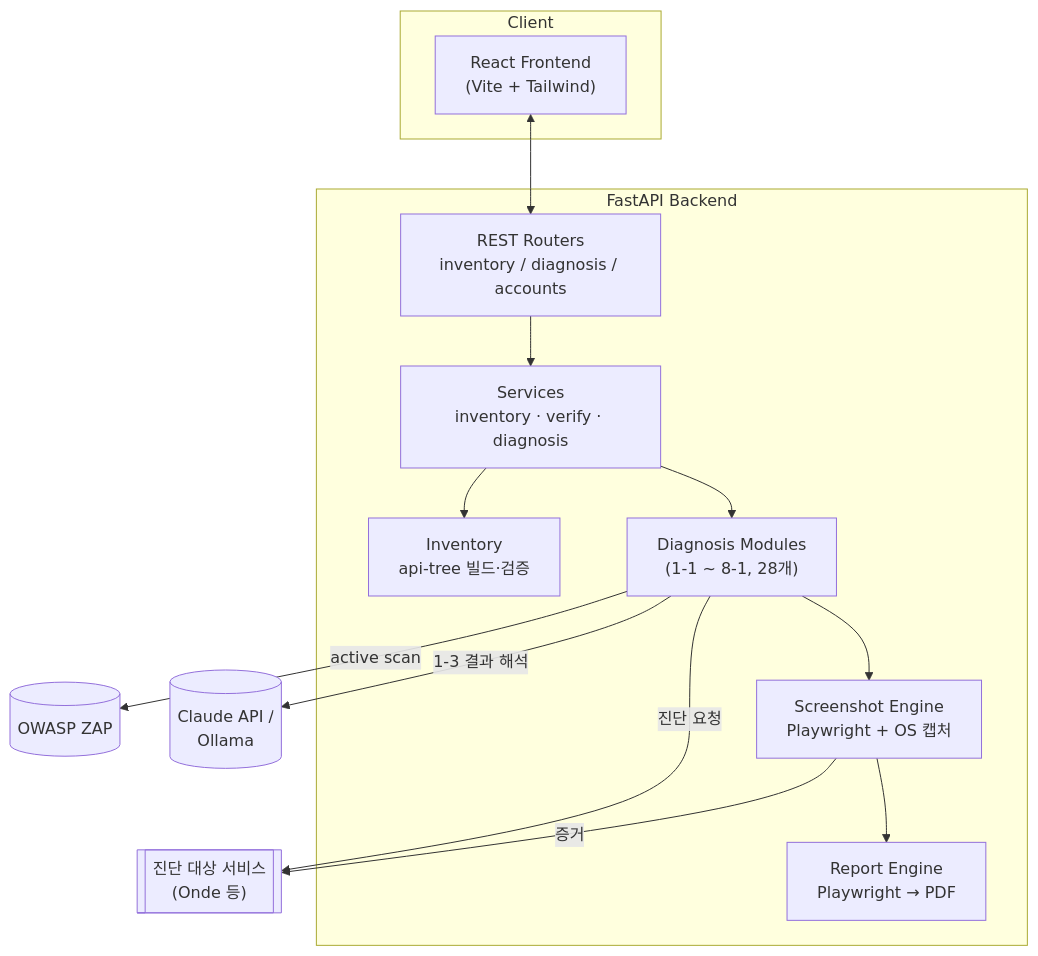
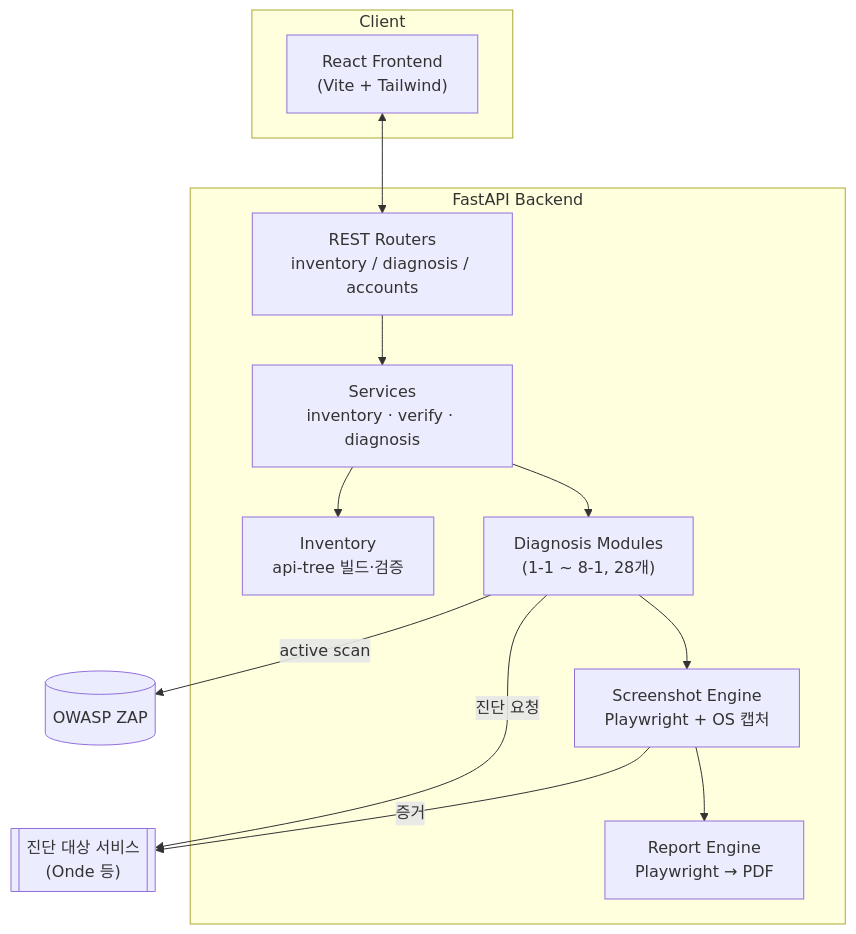
Before and after one commit to hongjiho5148/ARGUS_Merge: the second of 2 diagrams in README.md, drawn with Mermaid. The commit also changed other lines of this file, not shown here.

````diff
--- a/README.md
+++ b/README.md
@@ -101,30 +105,28 @@
 ```mermaid
 flowchart TB
     subgraph Client["Client"]
         FE["React Frontend\n(Vite + Tailwind)"]
     end
 
     subgraph Backend["FastAPI Backend"]
         API["REST Routers\ninventory / diagnosis / accounts"]
         SVC["Services\ninventory · verify · diagnosis"]
         INV["Inventory\napi-tree 빌드·검증"]
         DIAG["Diagnosis Modules\n(1-1 ~ 8-1, 28개)"]
         CAP["Screenshot Engine\nPlaywright + OS 캡처"]
         REP["Report Engine\nPlaywright → PDF"]
     end
 
     ZAP[("OWASP ZAP")]
-    LLM[("Claude API /\nOllama")]
     TARGET[["진단 대상 서비스\n(Onde 등)"]]
 
     FE <--> API
     API --> SVC
     SVC --> INV
     SVC --> DIAG
     DIAG -->|"active scan"| ZAP
-    DIAG -->|"1-3 결과 해석"| LLM
     DIAG -->|"진단 요청"| TARGET
     DIAG --> CAP
     CAP -->|"증거"| TARGET
     CAP --> REP
 ```
````
